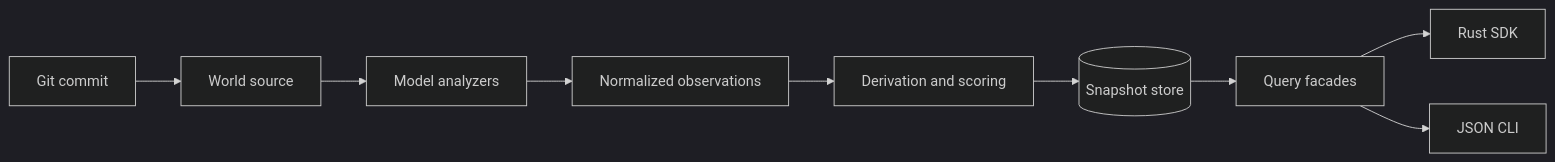
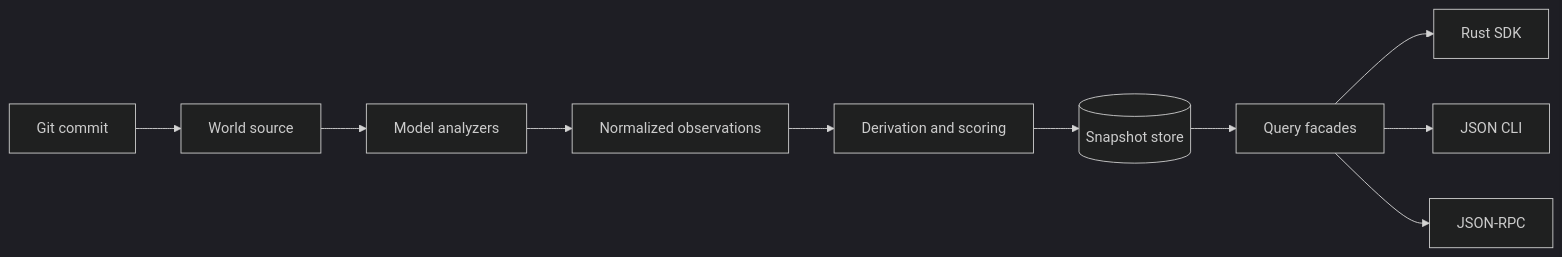
The diagram in README.md (EntasisLabs/detamu), drawn with Mermaid (dark theme) before and after one commit. The commit also changed other lines of this file and 13 other files, not shown here.

````diff
--- a/README.md
+++ b/README.md
@@ -131,11 +163,12 @@
 ```mermaid
 flowchart LR
   Git[Git commit] --> Source[World source]
   Source --> Analyzers[Model analyzers]
   Analyzers --> Batch[Normalized observations]
   Batch --> Derive[Derivation and scoring]
   Derive --> Store[(Snapshot store)]
   Store --> Query[Query facades]
   Query --> SDK[Rust SDK]
   Query --> CLI[JSON CLI]
+  Query --> RPC[JSON-RPC]
 ```
````
